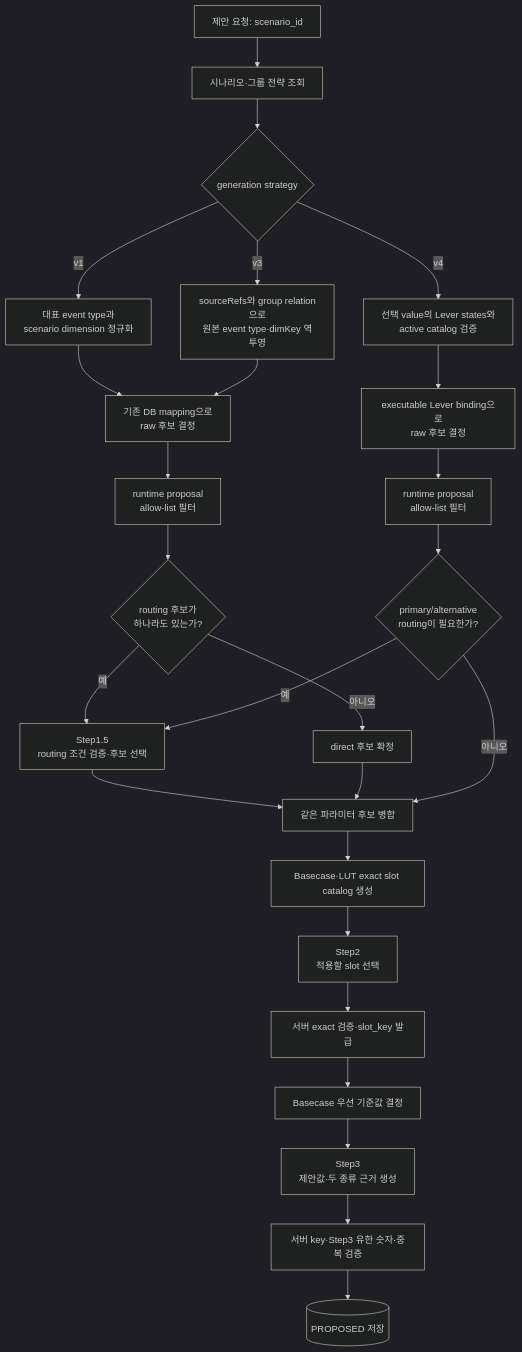
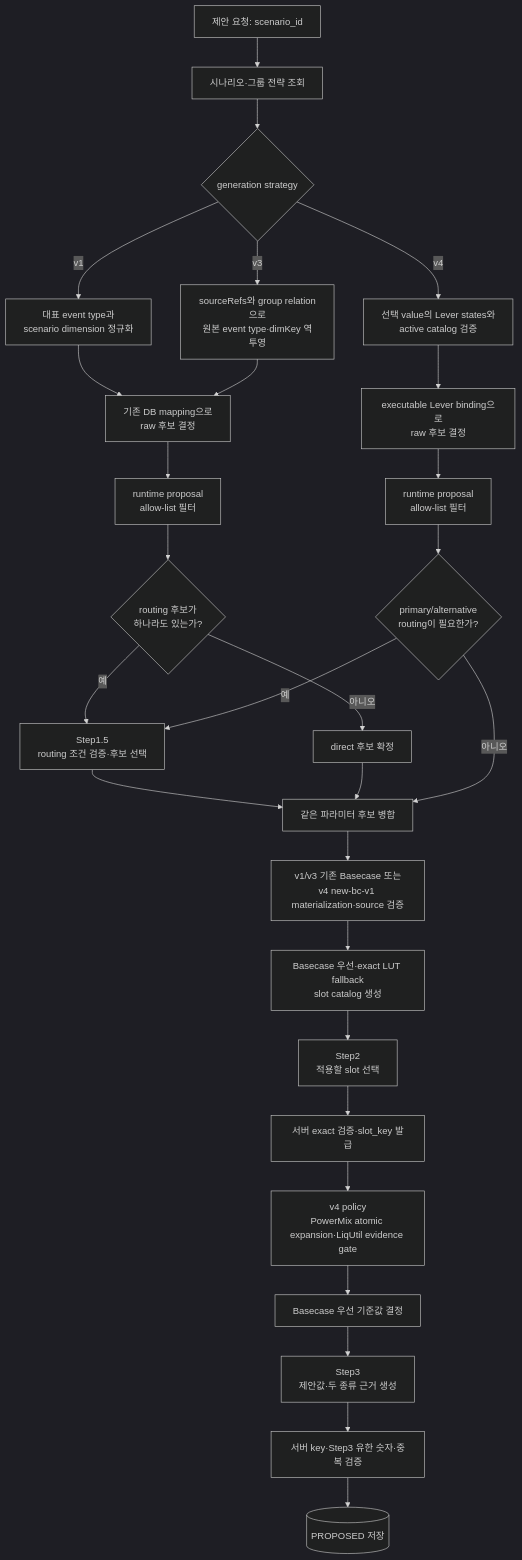
Before and after one commit to enkhbaatarL/skmip-mi-agent: the first of 4 diagrams in docs/agents/model_parameter_agent/04_MODEL_PARAMETER_AGENT_FLOW.md, drawn with Mermaid (dark theme). The commit also changed other lines of this file and 38 other files, not shown here.

````diff
--- a/docs/agents/model_parameter_agent/04_MODEL_PARAMETER_AGENT_FLOW.md
+++ b/docs/agents/model_parameter_agent/04_MODEL_PARAMETER_AGENT_FLOW.md
@@ -46,28 +46,30 @@
 ```mermaid
 flowchart TD
     A[제안 요청: scenario_id] --> B[시나리오·그룹 전략 조회]
     B --> V{generation strategy}
     V -- v1 --> C1[대표 event type과\nscenario dimension 정규화]
     V -- v3 --> C2[sourceRefs와 group relation으로\n원본 event type·dimKey 역투영]
     V -- v4 --> C3[선택 value의 Lever states와\nactive catalog 검증]
     C1 --> C[기존 DB mapping으로\nraw 후보 결정]
     C2 --> C
     C3 --> C4[executable Lever binding으로\nraw 후보 결정]
     C --> R1[runtime proposal\nallow-list 필터]
     C4 --> R4[runtime proposal\nallow-list 필터]
     R1 --> D{routing 후보가<br/>하나라도 있는가?}
     R4 --> D4{primary/alternative\nrouting이 필요한가?}
     D -- 예 --> E[Step1.5<br/>routing 조건 검증·후보 선택]
     D -- 아니오 --> F[direct 후보 확정]
     E --> G[같은 파라미터 후보 병합]
     F --> G
     D4 -- 예 --> E
     D4 -- 아니오 --> G
-    G --> H[Basecase·LUT exact slot catalog 생성]
-    H --> I[Step2<br/>적용할 slot 선택]
+    G --> H[v1/v3 기존 Basecase 또는<br/>v4 new-bc-v1 materialization·source 검증]
+    H --> H2[Basecase 우선·exact LUT fallback<br/>slot catalog 생성]
+    H2 --> I[Step2<br/>적용할 slot 선택]
     I --> J[서버 exact 검증·slot_key 발급]
-    J --> K[Basecase 우선 기준값 결정]
+    J --> P[v4 policy<br/>PowerMix atomic expansion·LiqUtil evidence gate]
+    P --> K[Basecase 우선 기준값 결정]
     K --> L[Step3<br/>제안값·두 종류 근거 생성]
     L --> M[서버 key·Step3 유한 숫자·중복 검증]
     M --> N[(PROPOSED 저장)]
 ```
````
